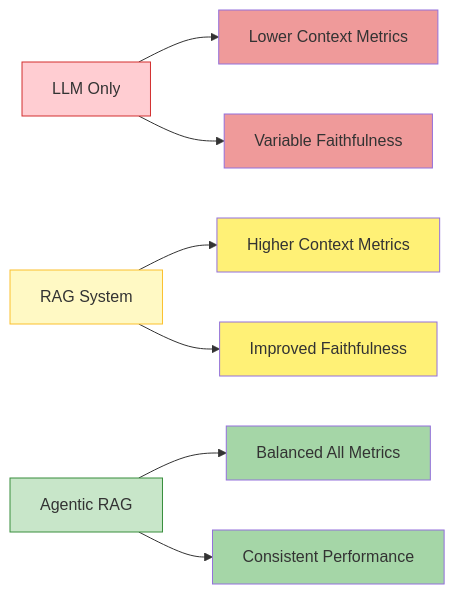
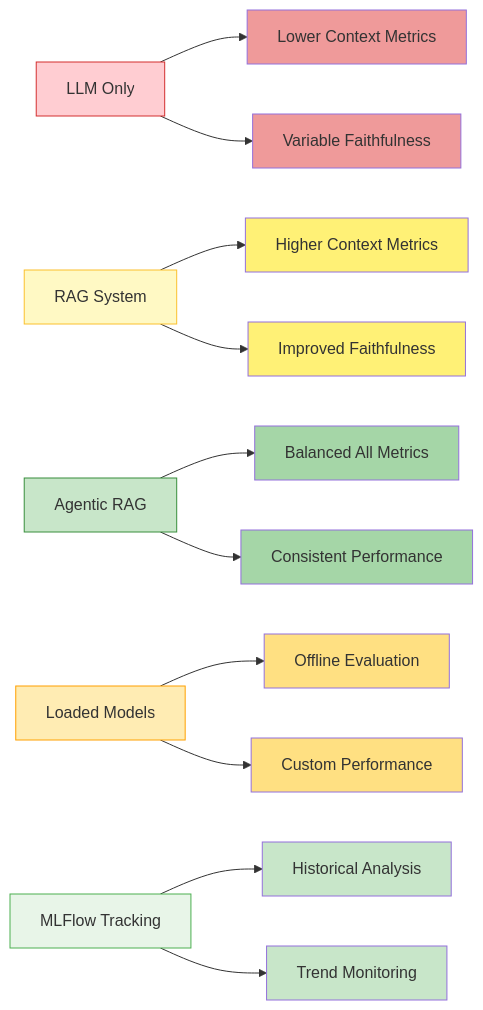
One commit to dhruvsh1997/RAGAS-Experiments changed the sixth of 6 diagrams in README.MD. Above: the diagram before and after it, drawn with Mermaid. The commit also changed other lines of this file, not shown here.

````diff
--- a/README.MD
+++ b/README.MD
@@ -166,21 +216,33 @@
 ```mermaid
 graph LR
     A[LLM Only] --> B[Lower Context Metrics]
     A --> C[Variable Faithfulness]
     
     D[RAG System] --> E[Higher Context Metrics]
     D --> F[Improved Faithfulness]
     
     G[Agentic RAG] --> H[Balanced All Metrics]
     G --> I[Consistent Performance]
     
+    J[Loaded Models] --> K[Offline Evaluation]
+    J --> L[Custom Performance]
+    
+    M[MLFlow Tracking] --> N[Historical Analysis]
+    M --> O[Trend Monitoring]
+    
     style A fill:#ffcdd2,stroke:#d32f2f
     style B fill:#ef9a9a
     style C fill:#ef9a9a
     style D fill:#fff9c4,stroke:#fbc02d
     style E fill:#fff176
     style F fill:#fff176
     style G fill:#c8e6c9,stroke:#388e3c
     style H fill:#a5d6a7
     style I fill:#a5d6a7
+    style J fill:#ffecb3,stroke:#ffa000
+    style K fill:#ffe082
+    style L fill:#ffe082
+    style M fill:#e8f5e8,stroke:#4caf50
+    style N fill:#c8e6c9
+    style O fill:#c8e6c9
 ```
````
